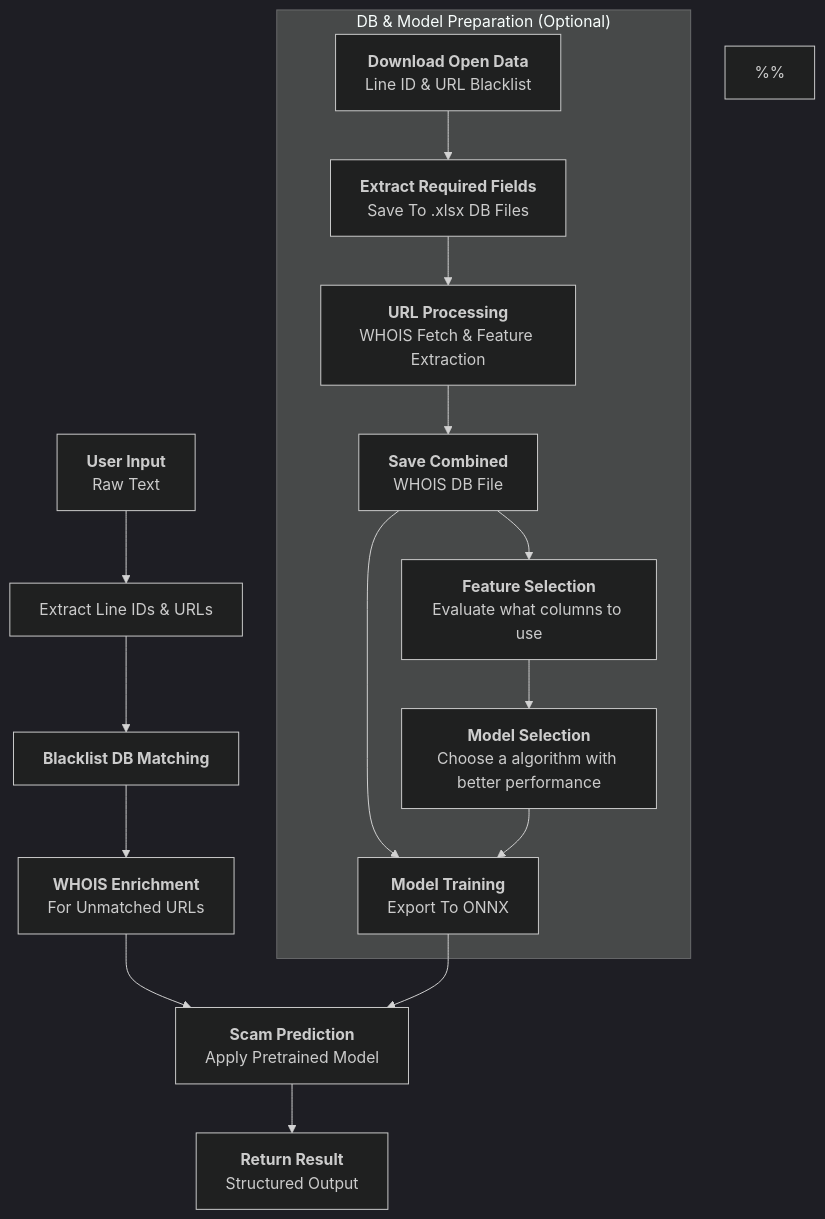
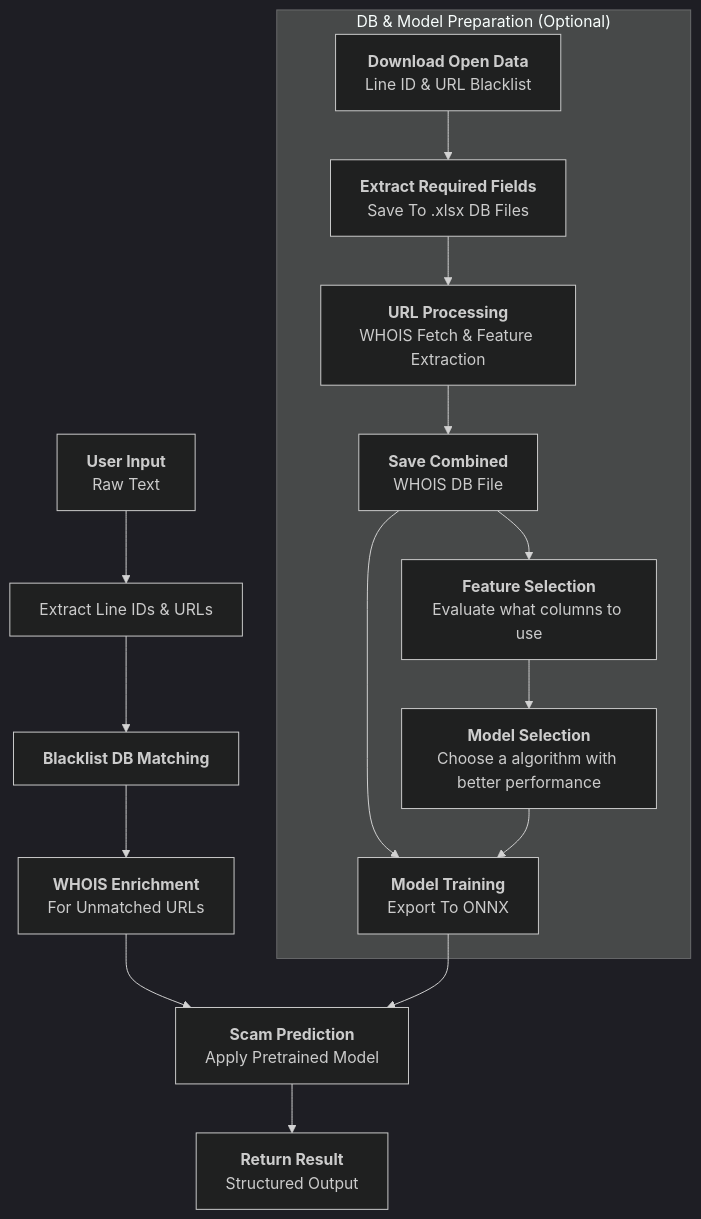
The diagram in README.md (JerryHung1030/fraudlens-detector), drawn with Mermaid (dark theme) before and after one commit. The commit also changed other lines of this file and 2 other files, not shown here.

Commit message:
docs: add flow images

````diff
--- a/README.md
+++ b/README.md
@@ -59,28 +59,28 @@
 ```mermaid
 flowchart TD
     %% === Main Pipeline ===
     A["<b>User Input</b><br/>Raw Text"] --> B["Extract Line IDs & URLs"]
     B --> C["<b>Blacklist DB Matching</b>"]
     C --> D["<b>WHOIS Enrichment</b><br/>For Unmatched URLs"]
     D --> E["<b>Scam Prediction</b><br/>Apply Pretrained Model"]
     E --> F["<b>Return Result</b><br/>Structured Output"]
 
     %% === Optional Workflow ===
     subgraph "DB & Model Preparation (Optional)"
         Z1["<b>Download Open Data</b><br/>Line ID & URL Blacklist"]
         Z2["<b>Extract Required Fields</b><br/>Save To .xlsx DB Files"]
         Z3["<b>URL Processing</b><br/>WHOIS Fetch & Feature Extraction"]
         Z4["<b>Save Combined</b><br/>WHOIS DB File"]
         Z5["<b>Model Training</b><br/>Export To ONNX"]
 
         Y1["<b>Feature Selection</b><br>Evaluate what columns to use"]
         Y2["<b>Model Selection</b><br>Choose a algorithm with better performance"]
 
         Z1 --> Z2 --> Z3 --> Z4 --> Z5
         Y1 --> Y2 --> Z5
         Z4 --> Y1
     end
 
-    %%
+    %% ===Connection===
     Z5 --> E
 ```
````
